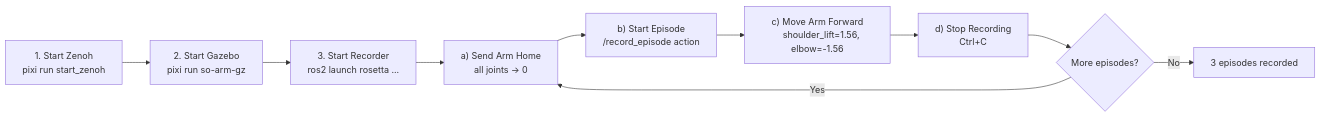
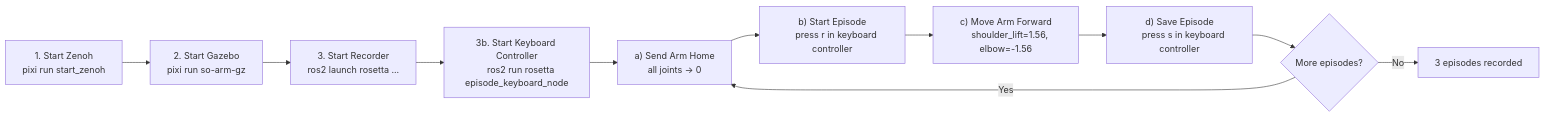
The diagram in demos/so_arm_101/rosetta_end_to_end_demo.md (ros-physical-ai/demos), drawn with Mermaid before and after one commit. The commit also changed other lines of this file and 2 other files, not shown here.

Commit message:
Use keyboard for episode_recording

````diff
--- a/demos/so_arm_101/rosetta_end_to_end_demo.md
+++ b/demos/so_arm_101/rosetta_end_to_end_demo.md
@@ -312,19 +328,21 @@
 ```mermaid
 flowchart LR
     A["1. Start Zenoh
     pixi run start_zenoh"] --> B["2. Start Gazebo
     pixi run so-arm-gz"]
     B --> C["3. Start Recorder
     ros2 launch rosetta ..."]
-    C --> D["a) Send Arm Home
+    C --> Ck["3b. Start Keyboard Controller
+    ros2 run rosetta episode_keyboard_node"]
+    Ck --> D["a) Send Arm Home
     all joints → 0"]
     D --> E["b) Start Episode
-    /record_episode action"]
+    press r in keyboard controller"]
     E --> F["c) Move Arm Forward
     shoulder_lift=1.56, elbow=-1.56"]
-    F --> G["d) Stop Recording
-    Ctrl+C"]
+    F --> G["d) Save Episode
+    press s in keyboard controller"]
     G --> H{More episodes?}
     H -- Yes --> D
     H -- No --> I["3 episodes recorded"]
 ```
````
